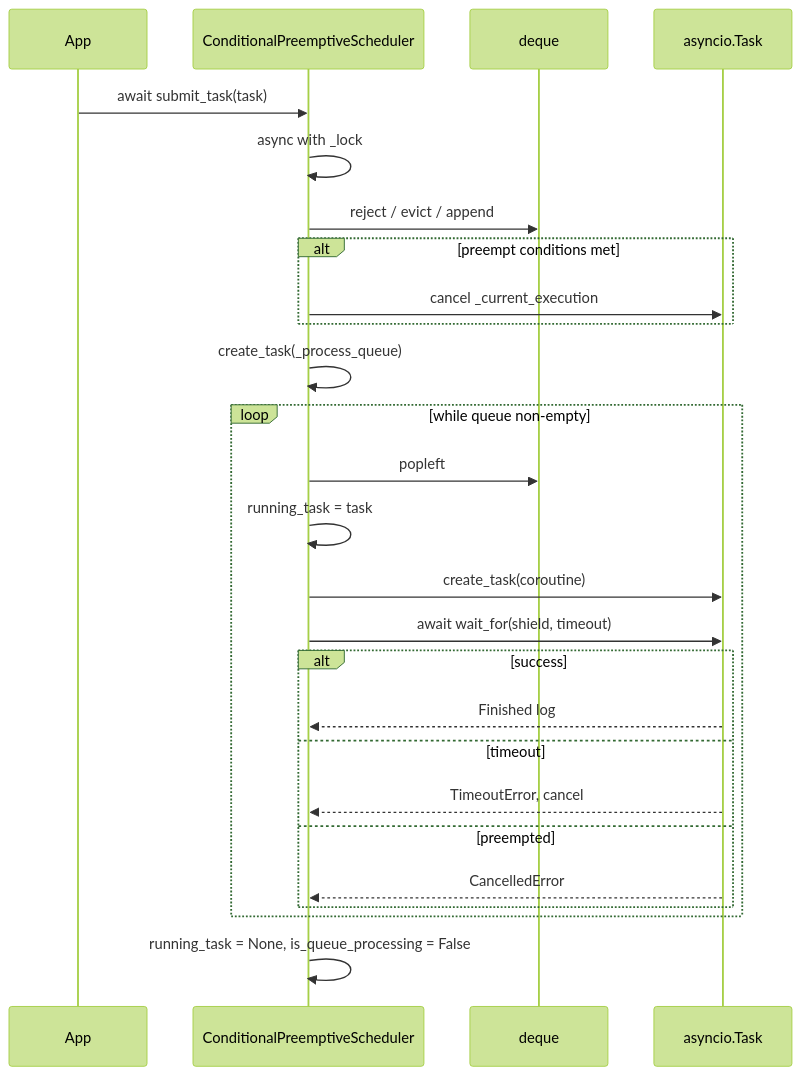
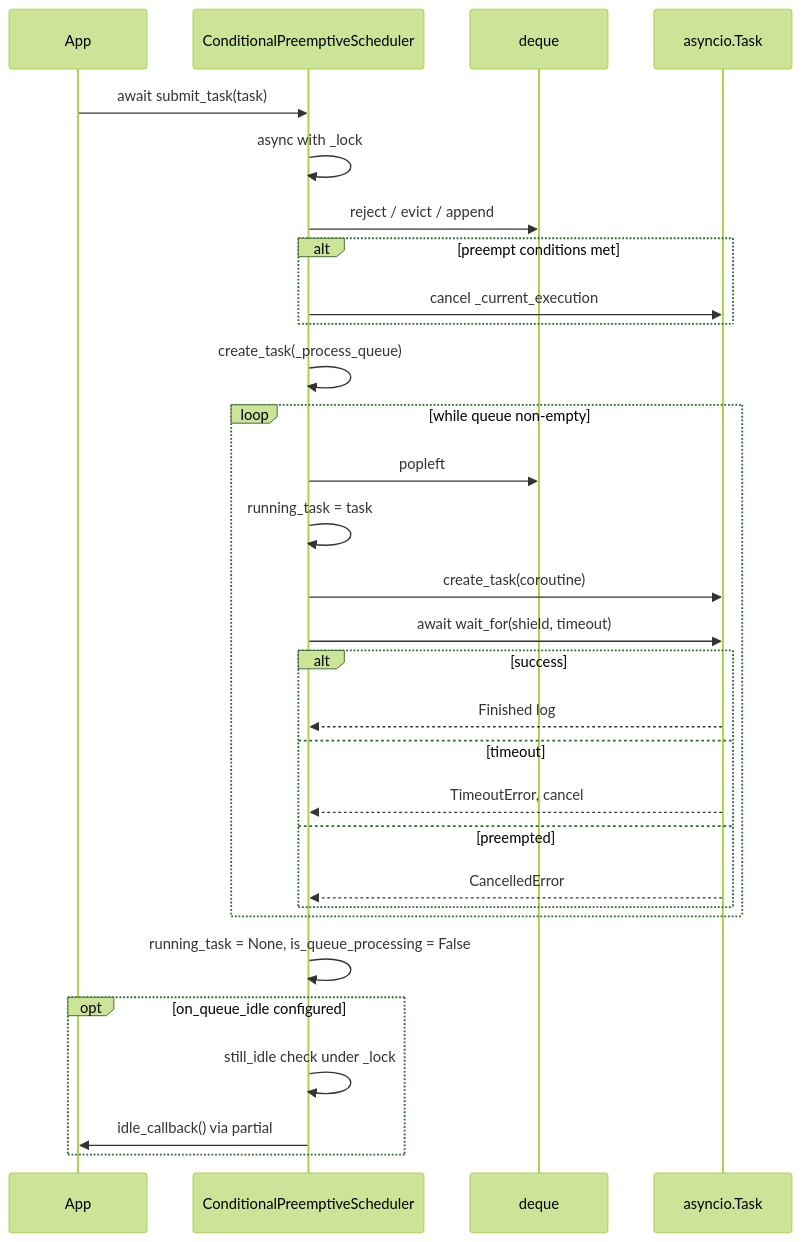
The second of 9 diagrams in .cursor/plans/system_architecture_workflow_b2d79ca7.plan.md (scoville/test_filter_queue), drawn with Mermaid (forest theme) before and after one commit. The commit also changed other lines of this file, not shown here.

Commit message:
update System Architecture Workflow

````diff
--- a/.cursor/plans/system_architecture_workflow_b2d79ca7.plan.md
+++ b/.cursor/plans/system_architecture_workflow_b2d79ca7.plan.md
@@ -60,31 +89,35 @@
 ```mermaid
 sequenceDiagram
     participant App
     participant Scheduler as ConditionalPreemptiveScheduler
     participant Queue as deque
     participant Exec as asyncio.Task
 
     App->>Scheduler: await submit_task(task)
     Scheduler->>Scheduler: async with _lock
     Scheduler->>Queue: reject / evict / append
     alt preempt conditions met
         Scheduler->>Exec: cancel _current_execution
     end
     Scheduler->>Scheduler: create_task(_process_queue)
 
     loop while queue non-empty
         Scheduler->>Queue: popleft
         Scheduler->>Scheduler: running_task = task
         Scheduler->>Exec: create_task(coroutine)
         Scheduler->>Exec: await wait_for(shield, timeout)
         alt success
             Exec-->>Scheduler: Finished log
         else timeout
             Exec-->>Scheduler: TimeoutError, cancel
         else preempted
             Exec-->>Scheduler: CancelledError
         end
     end
 
     Scheduler->>Scheduler: running_task = None, is_queue_processing = False
+    opt on_queue_idle configured
+        Scheduler->>Scheduler: still_idle check under _lock
+        Scheduler->>App: idle_callback() via partial
+    end
 ```
````
